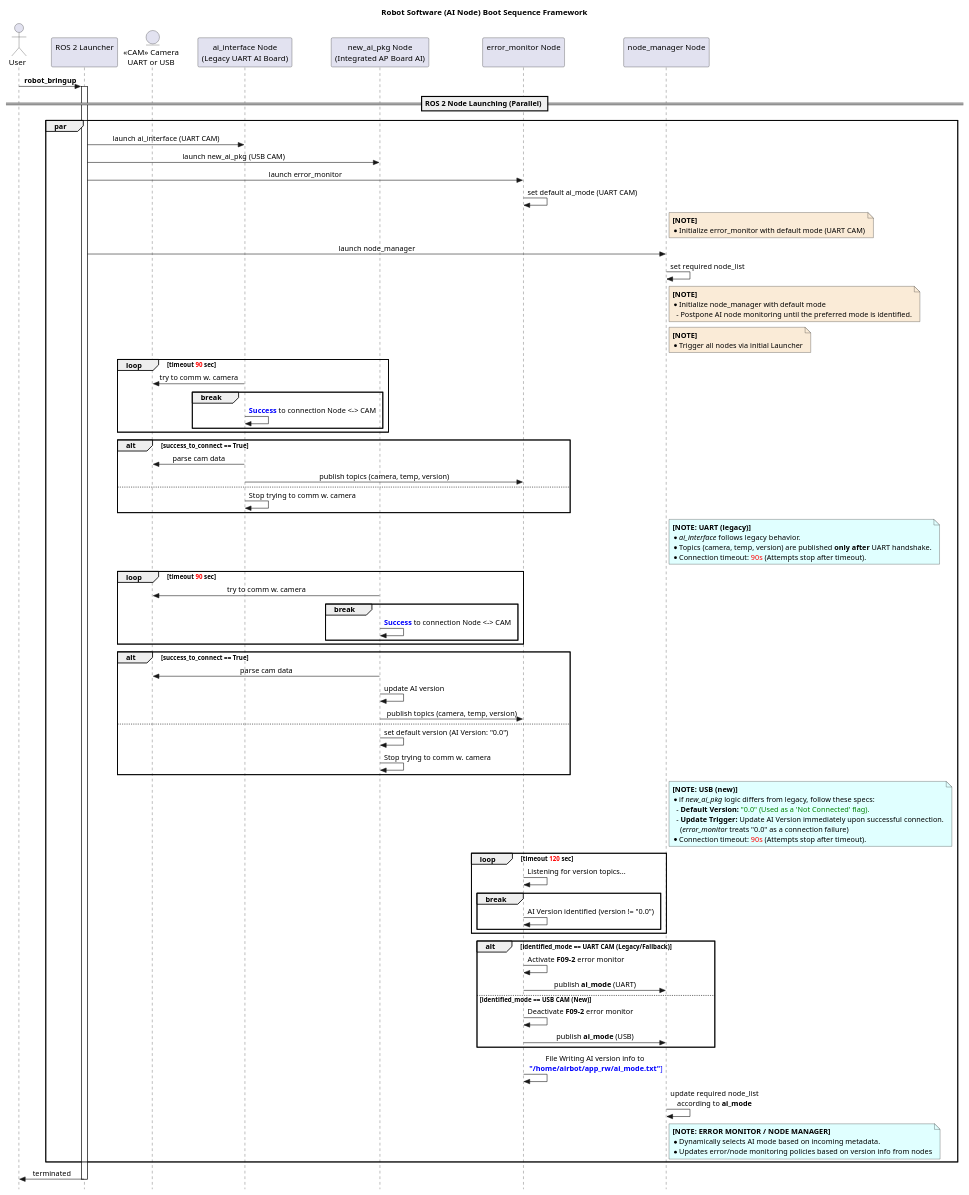
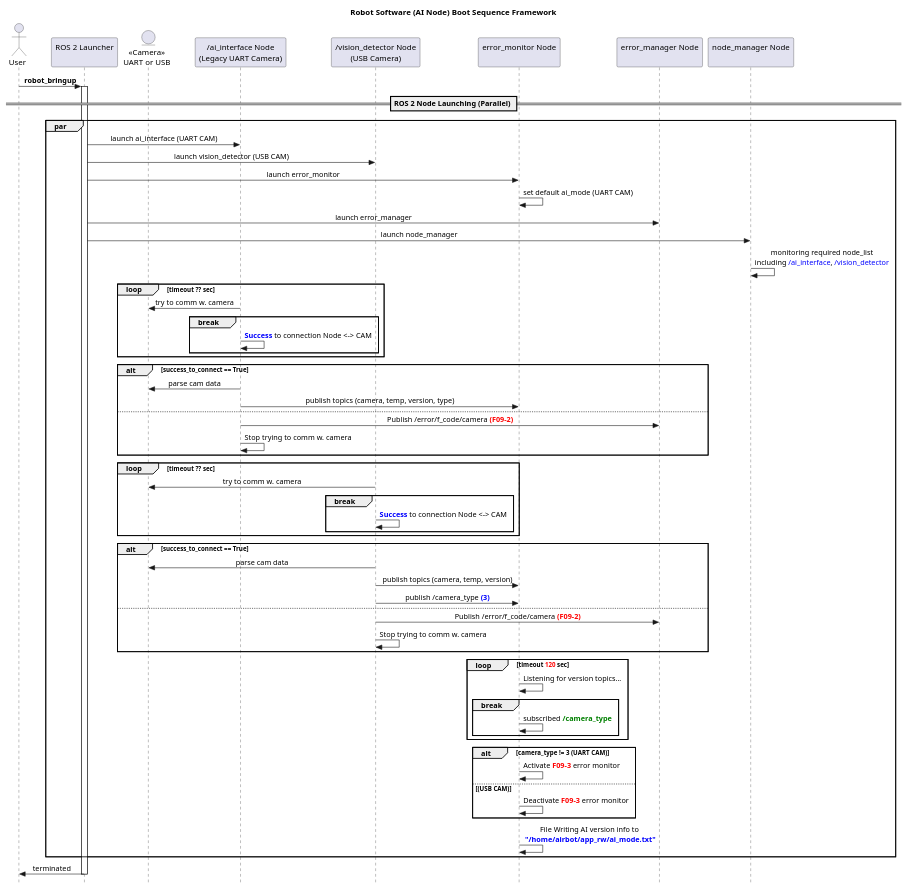
The diagram in docs/ap_ai_integration_booting_sequence_diagram_launch_sequence.puml (Hwan-Yeong/airbot_hyjoe_ws), drawn with PlantUML before and after one commit.

Commit message:
수정된 ap_ai 통합 부팅 시퀀스 다이어그램

```diff
--- a/docs/ap_ai_integration_booting_sequence_diagram_launch_sequence.puml
+++ b/docs/ap_ai_integration_booting_sequence_diagram_launch_sequence.puml
@@ -1,123 +1,126 @@
 @startuml
 ' 스타일 설정: 가독성을 위해 테마를 살짝 입힙니다.
 skinparam Style strictuml
 skinparam SequenceMessageAlignment center
 skinparam DefaultFontName "Verdana"
 
 title Robot Software (AI Node) Boot Sequence Framework
 
 ' 참여 객체 정의 (Participants)
 actor "User" as User
 participant "ROS 2 Launcher\n" as Launch
-entity "<<CAM>> Camera\nUART or USB" as Camera
-participant "ai_interface Node\n(Legacy UART AI Board)" as Node_uart_ai
-participant "new_ai_pkg Node\n(Integrated AP Board AI)" as Node_new_ai
+entity "<<Camera>>\nUART or USB" as Camera
+participant "/ai_interface Node\n(Legacy UART Camera)" as Node_uart_ai
+participant "/vision_detector Node\n(USB Camera)" as Node_vision_detector
 participant "error_monitor Node\n" as Node_error_monitor
+participant "error_manager Node\n" as Node_error_manager
 participant "node_manager Node\n" as Node_node_manager
 
 User -> Launch : **robot_bringup**
 activate Launch
   == ROS 2 Node Launching (Parallel) ==
   par
     ' initialize nodes
     Launch -> Node_uart_ai : launch ai_interface (UART CAM)
-    Launch -> Node_new_ai : launch new_ai_pkg (USB CAM)
+    Launch -> Node_vision_detector : launch vision_detector (USB CAM)
     Launch -> Node_error_monitor : launch error_monitor
     Node_error_monitor -> Node_error_monitor : set default ai_mode (UART CAM)
+    Launch -> Node_error_manager : launch error_manager
 
-    note right Node_node_manager #AntiqueWhite
-      **[NOTE]**
-      * Initialize error_monitor with default mode (UART CAM)
-    end note
+    ' note right Node_node_manager #AntiqueWhite
+    '   **[NOTE]**
+    '   * Initialize error_monitor with default mode (UART CAM)
+    ' end note
 
     Launch -> Node_node_manager : launch node_manager
-    Node_node_manager -> Node_node_manager : set required node_list
+    Node_node_manager -> Node_node_manager : monitoring required node_list\nincluding <color:blue>/ai_interface</color>, <color:blue>/vision_detector</color>
 
-    note right Node_node_manager #AntiqueWhite
-      **[NOTE]**
-      * Initialize node_manager with default mode
-        - Postpone AI node monitoring until the preferred mode is identified.
-    end note
+    ' note right Node_node_manager #AntiqueWhite
+    '   **[NOTE]**
+    '   * Initialize node_manager with default mode
+    '     - Postpone AI node monitoring until the preferred mode is identified.
+    ' end note
 
-    note right Node_node_manager #AntiqueWhite
-      **[NOTE]**
-      * Trigger all nodes via initial Launcher
-    end note
+    ' note right Node_node_manager #AntiqueWhite
+    '   **[NOTE]**
+    '   * Trigger all nodes via initial Launcher
+    ' end note
 
     ' Legacy UART CAM
-    loop timeout <color:red>90</color> sec
+    loop timeout ?? sec
       Node_uart_ai -> Camera : try to comm w. camera
       break
         Node_uart_ai -> Node_uart_ai : <color:blue>**Success**</color> to connection Node <-> CAM
       end
     end
 
     alt success_to_connect == True
       Node_uart_ai -> Camera : parse cam data
-      Node_uart_ai -> Node_error_monitor : publish topics (camera, temp, version)
+      Node_uart_ai -> Node_error_monitor : publish topics (camera, temp, version, type)
     else
+      Node_uart_ai -> Node_error_manager : Publish /error/f_code/camera <color:red>**(F09-2)**</color> 
       Node_uart_ai -> Node_uart_ai : Stop trying to comm w. camera
     end
 
-    note right Node_node_manager #LightCyan
-      **[NOTE: UART (legacy)]**
-      * //ai_interface// follows legacy behavior.
-      * Topics (camera, temp, version) are published **only after** UART handshake.
-      * Connection timeout: <color:red>90s</color> (Attempts stop after timeout).
-    end note
+    ' note right Node_node_manager #LightCyan
+    '   **[NOTE: UART (legacy)]**
+    '   * //ai_interface// follows legacy behavior.
+    '   * Topics (camera, temp, version) are published **only after** UART handshake.
+    '   * Connection timeout: <color:red>90s</color> (Attempts stop after timeout).
+    ' end note
 
     ' New USB CAM
-    loop timeout <color:red>90</color> sec
-      Node_new_ai -> Camera : try to comm w. camera
+    loop timeout ?? sec
+      Node_vision_detector -> Camera : try to comm w. camera
       break
-        Node_new_ai -> Node_new_ai : <color:blue>**Success**</color> to connection Node <-> CAM
+        Node_vision_detector -> Node_vision_detector : <color:blue>**Success**</color> to connection Node <-> CAM
       end
     end
 
     alt success_to_connect == True
-      Node_new_ai -> Camera : parse cam data
-      Node_new_ai -> Node_new_ai : update AI version
-      Node_new_ai -> Node_error_monitor : publish topics (camera, temp, version)
+      Node_vision_detector -> Camera : parse cam data
+      Node_vision_detector -> Node_error_monitor : publish topics (camera, temp, version)
+      Node_vision_detector -> Node_error_monitor : publish /camera_type <color:blue>**(3)**</color>
     else
-      Node_new_ai -> Node_new_ai : set default version (AI Version: "0.0")
-      Node_new_ai -> Node_new_ai : Stop trying to comm w. camera
+      Node_vision_detector -> Node_error_manager : Publish /error/f_code/camera <color:red>**(F09-2)**</color>
+      Node_vision_detector -> Node_vision_detector : Stop trying to comm w. camera
     end
 
-    note right Node_node_manager #LightCyan
-      **[NOTE: USB (new)]**
-      * if //new_ai_pkg// logic differs from legacy, follow these specs:
-        - **Default Version:** <color:green>"0.0" (Used as a 'Not Connected' flag).</color>
-        - **Update Trigger:** Update AI Version immediately upon successful connection.
-          (//error_monitor// treats "0.0" as a connection failure)
-      * Connection timeout: <color:red>90s</color> (Attempts stop after timeout).
-    end note
+    ' note right Node_node_manager #LightCyan
+    '   **[NOTE: USB (new)]**
+    '   * if //vision_detector// logic differs from legacy, follow these specs:
+    '     - **Default Version:** <color:green>"0.0" (Used as a 'Not Connected' flag).</color>
+    '     - **Update Trigger:** Update AI Version immediately upon successful connection.
+    '       (//error_monitor// treats "0.0" as a connection failure)
+    '   * Connection timeout: <color:red>90s</color> (Attempts stop after timeout).
+    ' end note
       
     ' Check Activating Nodes (Error Monitor / Node Manager)
     loop timeout <color:red>120</color> sec
       Node_error_monitor -> Node_error_monitor : Listening for version topics...
       break
-        Node_error_monitor -> Node_error_monitor : AI Version identified (version != "0.0")
+        Node_error_monitor -> Node_error_monitor : subscribed <color:green>**/camera_type**</color>
       end
     end
 
-    alt identified_mode == UART CAM (Legacy/Fallback)
-      Node_error_monitor -> Node_error_monitor : Activate **F09-2** error monitor
-      Node_error_monitor -> Node_node_manager : publish **ai_mode** (UART)
-    else identified_mode == USB CAM (New)
-      Node_error_monitor -> Node_error_monitor :Deactivate **F09-2** error monitor
-      Node_error_monitor -> Node_node_manager : publish **ai_mode** (USB)
+    alt camera_type != 3 (UART CAM)
+      Node_error_monitor -> Node_error_monitor : Activate <color:red>**F09-3**</color> error monitor
+      ' Node_error_monitor -> Node_node_manager : publish **ai_mode** (UART)
+    else (USB CAM)
+      Node_error_monitor -> Node_error_monitor :Deactivate <color:red>**F09-3**</color> error monitor
+      ' Node_error_monitor -> Node_node_manager : publish **ai_mode** (USB)
     end
 
-    Node_error_monitor -> Node_error_monitor : File Writing AI version info to\n <color:blue>**"/home/airbot/app_rw/ai_mode.txt"**]
-    Node_node_manager -> Node_node_manager : update required node_list\naccording to **ai_mode**
+    Node_error_monitor -> Node_error_monitor : File Writing AI version info to\n <color:blue>**"/home/airbot/app_rw/ai_mode.txt"**
+    ' Node_node_manager -> Node_node_manager : update required node_list\naccording to **ai_mode**
 
-    note right Node_node_manager #LightCyan
-      **[NOTE: ERROR MONITOR / NODE MANAGER]**
-      * Dynamically selects AI mode based on incoming metadata.
-      * Updates error/node monitoring policies based on version info from nodes
-    end note
+    ' note right Node_node_manager #LightCyan
+    '   **[NOTE: ERROR MONITOR / NODE MANAGER]**
+    '   * Dynamically selects AI mode based on incoming metadata.
+    '   * Updates error/node monitoring policies based on version info from nodes
+    ' end note
   end
   Launch -> User : terminated
 deactivate Launch
 
 @enduml
```
